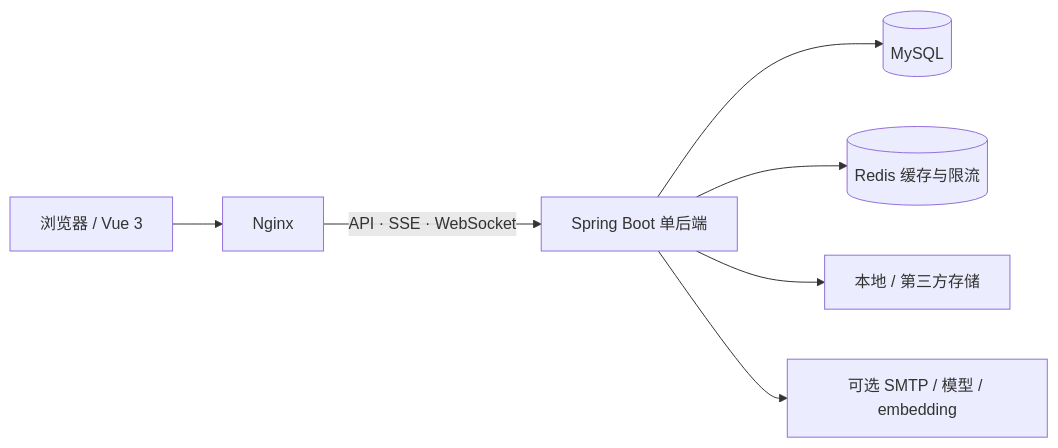
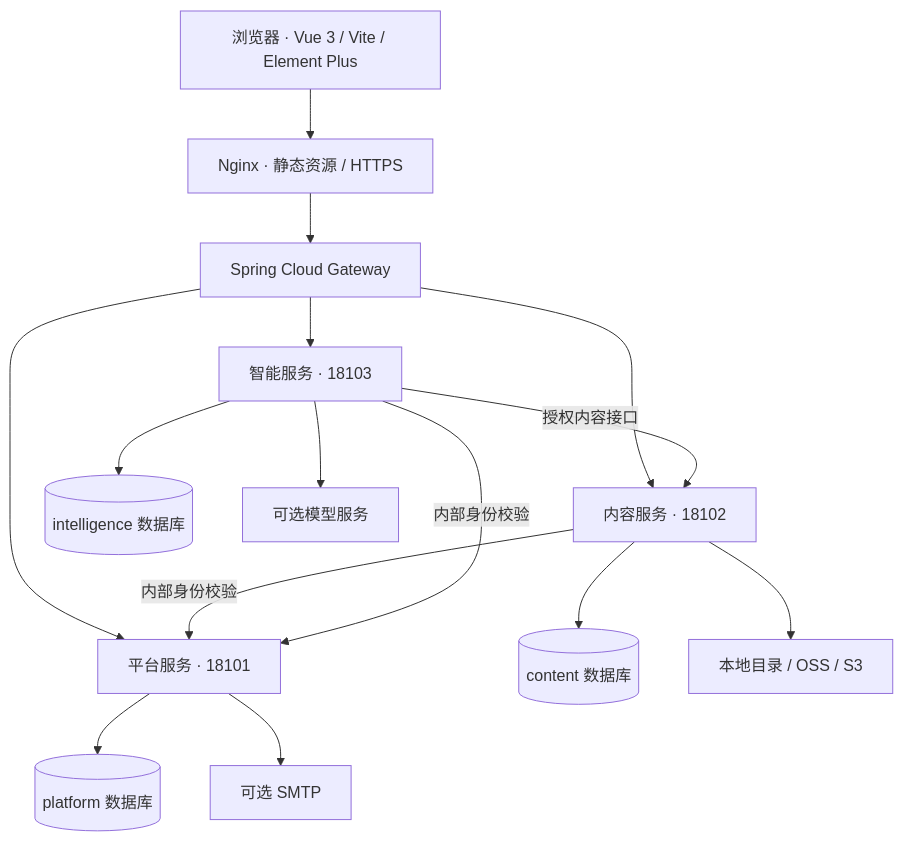
Before and after one commit to le5676922-max/student-cloud: the diagram in README.md, drawn with Mermaid. The commit also changed other lines of this file and 493 other files, not shown here.

````diff
--- a/README.md
+++ b/README.md
@@ -124,9 +152,17 @@
 ```mermaid
-flowchart LR
-    U[浏览器 / Vue 3] --> N[Nginx]
-    N -->|API · SSE · WebSocket| B[Spring Boot 单后端]
-    B --> M[(MySQL)]
-    B --> R[(Redis 缓存与限流)]
-    B --> F[本地 / 第三方存储]
-    B --> A[可选 SMTP / 模型 / embedding]
+flowchart TB
+    Browser[浏览器 · Vue 3 / Vite / Element Plus] --> Nginx[Nginx · 静态资源 / HTTPS]
+    Nginx --> Gateway[Spring Cloud Gateway]
+    Gateway --> Platform[平台服务 · 18101]
+    Gateway --> Content[内容服务 · 18102]
+    Gateway --> Intelligence[智能服务 · 18103]
+    Content -->|内部身份校验| Platform
+    Intelligence -->|内部身份校验| Platform
+    Intelligence -->|授权内容接口| Content
+    Platform --> PDB[(platform 数据库)]
+    Content --> CDB[(content 数据库)]
+    Intelligence --> IDB[(intelligence 数据库)]
+    Content --> Storage[本地目录 / OSS / S3]
+    Platform --> Mail[可选 SMTP]
+    Intelligence --> Model[可选模型服务]
 ```
````
